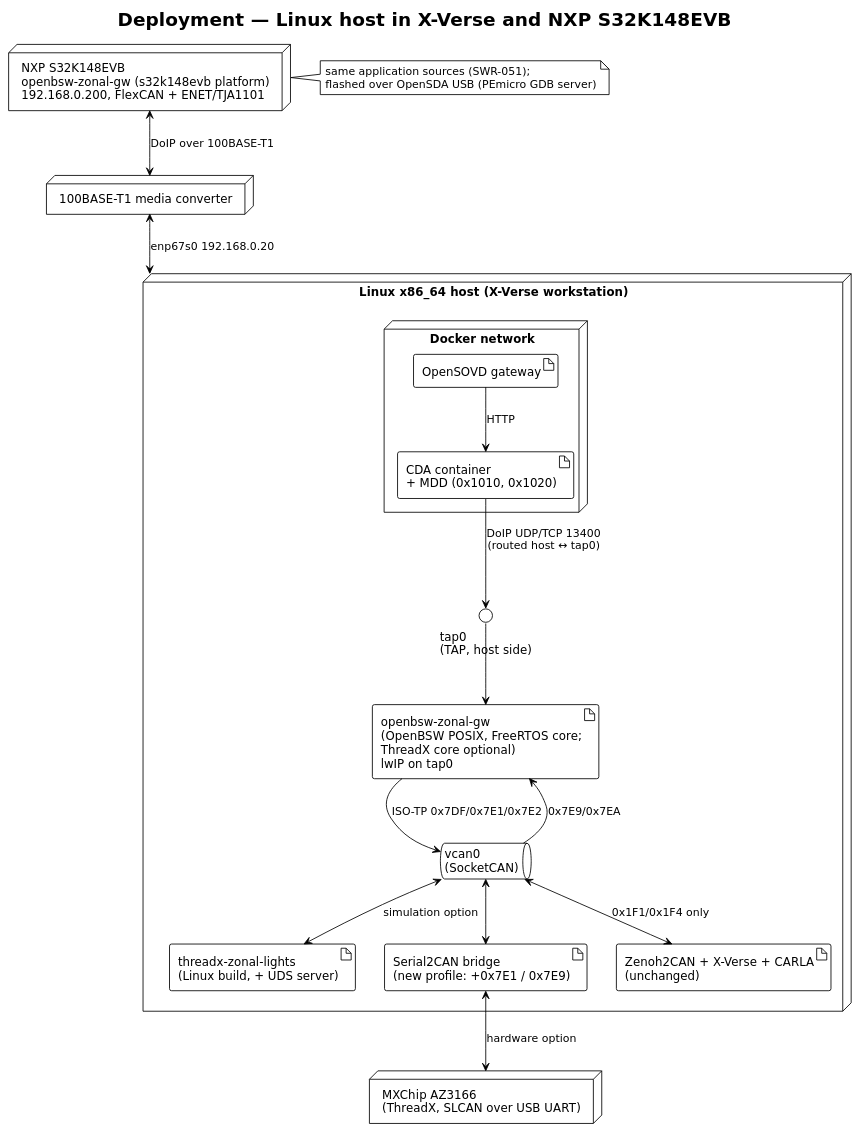
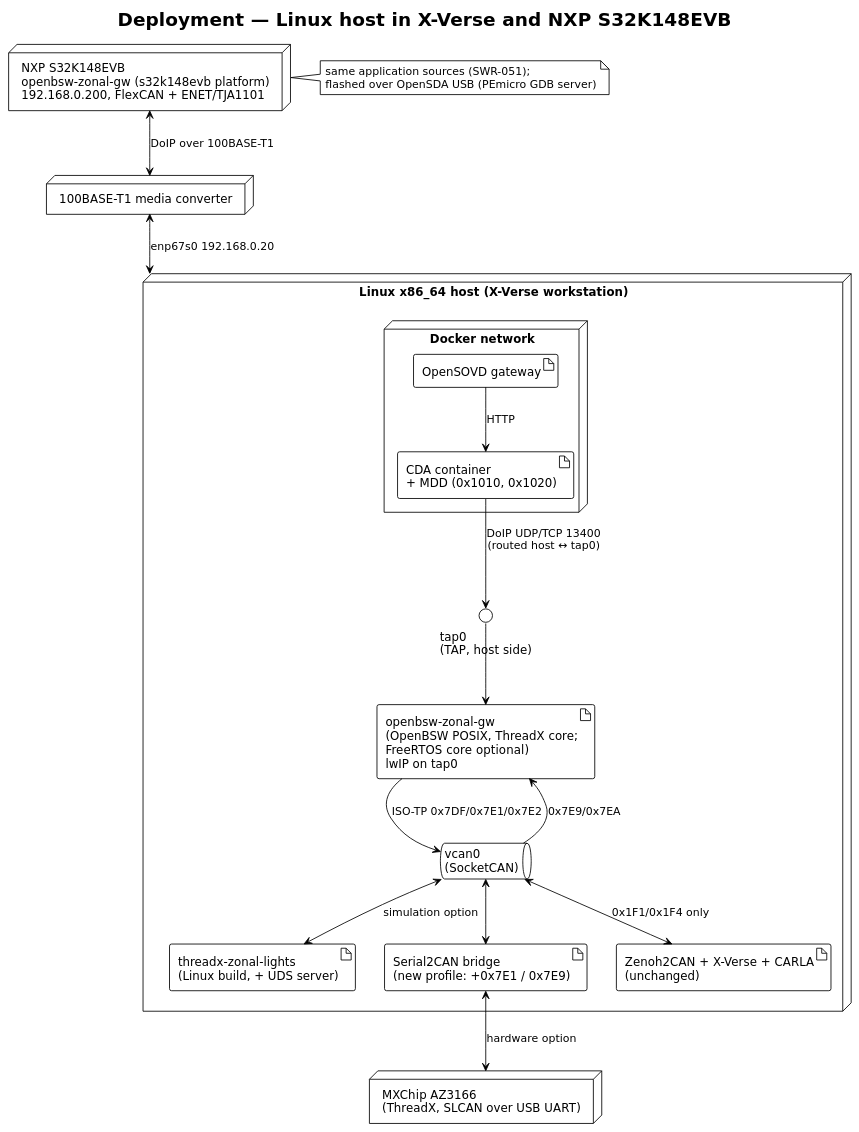
One commit to Eclipse-SDV-Hackathon-Chapter-Four/Thinking_CAPs changed the diagram in OpenBSW/aspice/swe2-architecture/diagrams/deployment.puml. Above: the diagram before and after it, drawn with PlantUML. The commit also changed 51 other files, not shown here.

First line of the commit message:
Switch the OpenBSW zonal gateway to Eclipse ThreadX

```diff
--- a/OpenBSW/aspice/swe2-architecture/diagrams/deployment.puml
+++ b/OpenBSW/aspice/swe2-architecture/diagrams/deployment.puml
@@ -1,36 +1,36 @@
 @startuml deployment
 !theme plain
 skinparam defaultFontName "DejaVu Sans"
 skinparam shadowing false
 title Deployment — Linux host in X-Verse and NXP S32K148EVB
 
 node "Linux x86_64 host (X-Verse workstation)" as H {
   node "Docker network" as DN {
     artifact "OpenSOVD gateway" as SOVD
     artifact "CDA container\n+ MDD (0x1010, 0x1020)" as CDA
   }
   interface "tap0\n(TAP, host side)" as TAP
-  artifact "openbsw-zonal-gw\n(OpenBSW POSIX, FreeRTOS core;\nThreadX core optional)\nlwIP on tap0" as GW
+  artifact "openbsw-zonal-gw\n(OpenBSW POSIX, ThreadX core;\nFreeRTOS core optional)\nlwIP on tap0" as GW
   queue "vcan0\n(SocketCAN)" as VCAN
   artifact "threadx-zonal-lights\n(Linux build, + UDS server)" as TXL
   artifact "Serial2CAN bridge\n(new profile: +0x7E1 / 0x7E9)" as S2C
   artifact "Zenoh2CAN + X-Verse + CARLA\n(unchanged)" as XV
 }
 
 node "MXChip AZ3166\n(ThreadX, SLCAN over USB UART)" as AZ
 node "NXP S32K148EVB\nopenbsw-zonal-gw (s32k148evb platform)\n192.168.0.200, FlexCAN + ENET/TJA1101" as S32
 
 SOVD --> CDA : HTTP
 CDA --> TAP : DoIP UDP/TCP 13400\n(routed host ↔ tap0)
 TAP --> GW
 GW --> VCAN : ISO-TP 0x7DF/0x7E1/0x7E2
 VCAN --> GW : 0x7E9/0x7EA
 VCAN <--> TXL : simulation option
 VCAN <--> S2C
 S2C <--> AZ : hardware option
 VCAN <--> XV : 0x1F1/0x1F4 only
 node "100BASE-T1 media converter" as MC
 S32 <--> MC : DoIP over 100BASE-T1
 MC <--> H : enp67s0 192.168.0.20
 note right of S32 : same application sources (SWR-051);\nflashed over OpenSDA USB (PEmicro GDB server)
 @enduml
```
